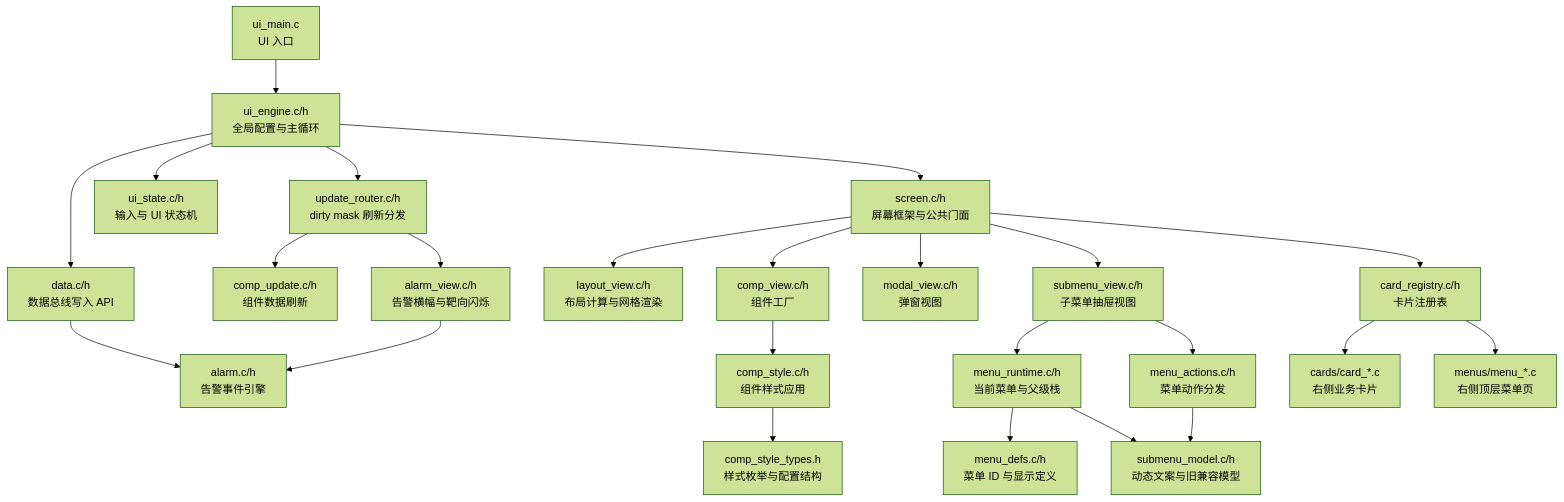
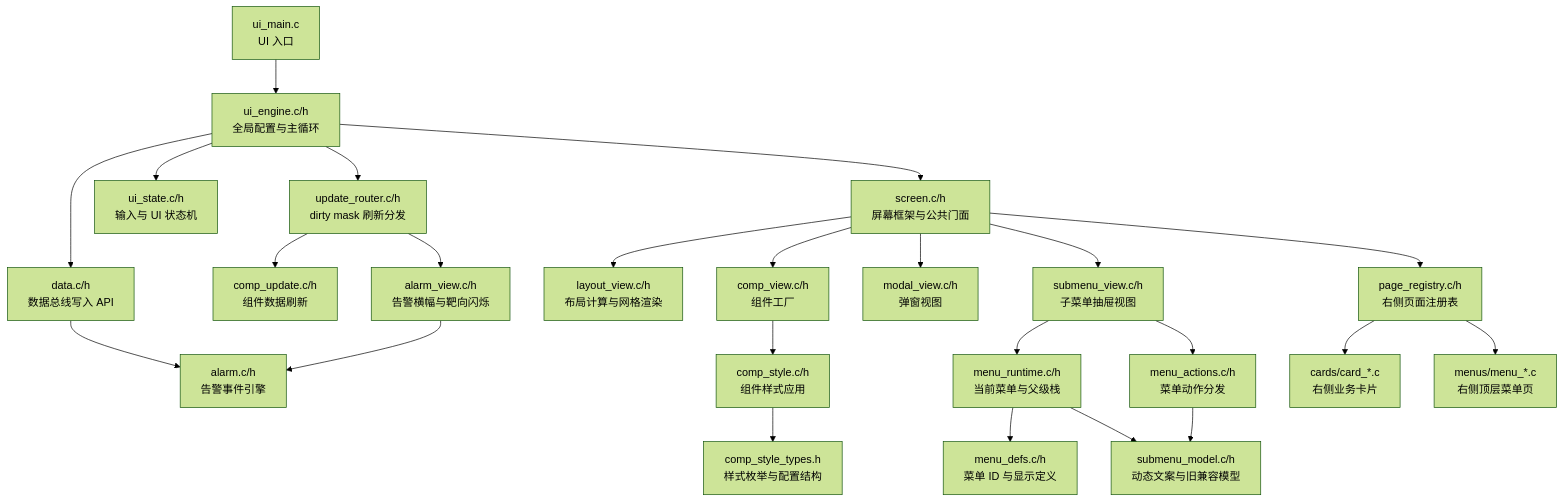
One commit to arexvision/lv_port_win_codeblocks-release-v8.3_hasGroup changed the first of 6 diagrams in UI_html_DOC/UI_MODULE_MAP.md. Above: the diagram before and after it, drawn with Mermaid (forest theme). The commit also changed other lines of this file and 21 other files, not shown here.

````diff
--- a/UI_html_DOC/UI_MODULE_MAP.md
+++ b/UI_html_DOC/UI_MODULE_MAP.md
@@ -22,29 +22,29 @@
 ```mermaid
 flowchart TD
     UI["ui_main.c<br/>UI 入口"] --> Engine["ui_engine.c/h<br/>全局配置与主循环"]
     Engine --> Data["data.c/h<br/>数据总线写入 API"]
     Engine --> State["ui_state.c/h<br/>输入与 UI 状态机"]
     Engine --> UpdateRouter["update_router.c/h<br/>dirty mask 刷新分发"]
     Engine --> Screen["screen.c/h<br/>屏幕框架与公共门面"]
 
     Screen --> Layout["layout_view.c/h<br/>布局计算与网格渲染"]
     Screen --> WidgetView["comp_view.c/h<br/>组件工厂"]
     Screen --> Modal["modal_view.c/h<br/>弹窗视图"]
     Screen --> SubmenuView["submenu_view.c/h<br/>子菜单抽屉视图"]
     SubmenuView --> MenuRuntime["menu_runtime.c/h<br/>当前菜单与父级栈"]
     MenuRuntime --> MenuDefs["menu_defs.c/h<br/>菜单 ID 与显示定义"]
     SubmenuView --> MenuActions["menu_actions.c/h<br/>菜单动作分发"]
     MenuRuntime --> SubmenuModel["submenu_model.c/h<br/>动态文案与旧兼容模型"]
     MenuActions --> SubmenuModel
 
     UpdateRouter --> WidgetUpdate["comp_update.c/h<br/>组件数据刷新"]
     UpdateRouter --> AlarmView["alarm_view.c/h<br/>告警横幅与靶向闪烁"]
     Data --> AlarmEngine["alarm.c/h<br/>告警事件引擎"]
     AlarmView --> AlarmEngine
 
-    Screen --> Registry["card_registry.c/h<br/>卡片注册表"]
+    Screen --> Registry["page_registry.c/h<br/>右侧页面注册表"]
     Registry --> Cards["cards/card_*.c<br/>右侧业务卡片"]
     Registry --> Menus["menus/menu_*.c<br/>右侧顶层菜单页"]
     WidgetView --> Style["comp_style.c/h<br/>组件样式应用"]
     Style --> StyleTypes["comp_style_types.h<br/>样式枚举与配置结构"]
 ```
````
